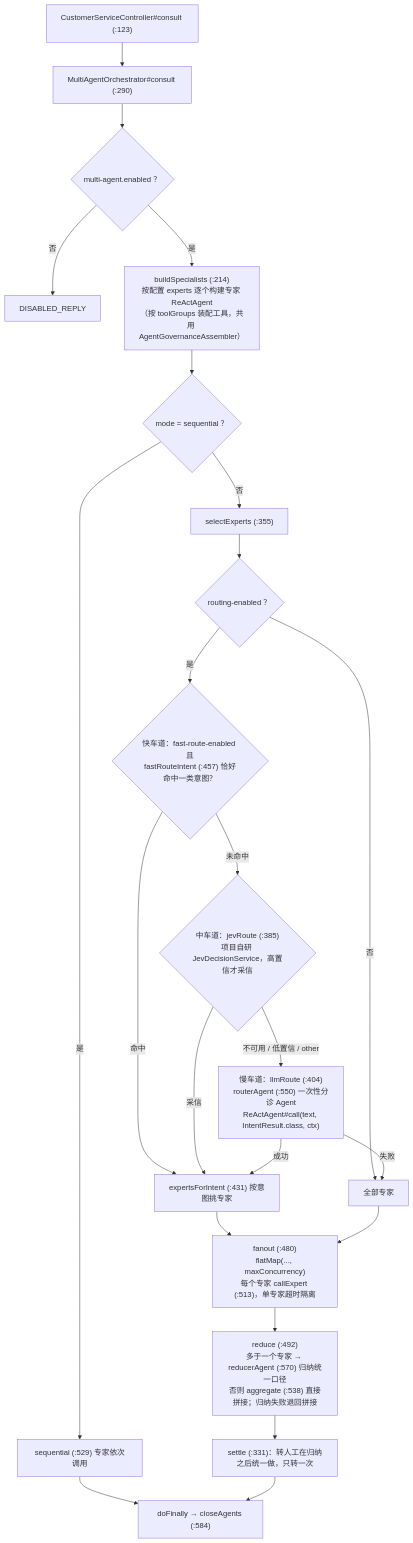
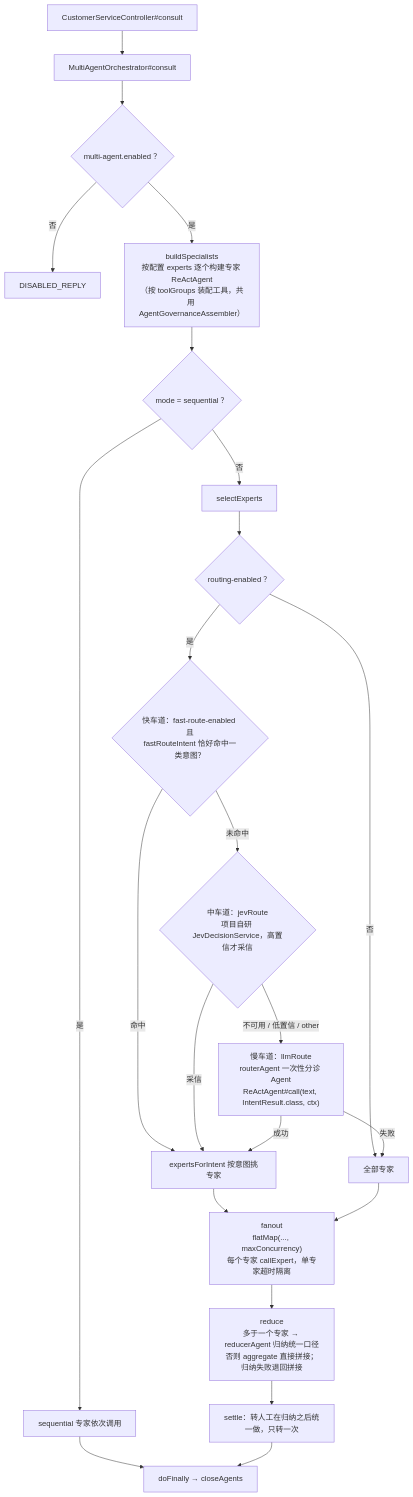
The fourth of 8 diagrams in 09-customer_work场景全景映射.md (liulangjietou/AgentScope-source-analysis), drawn with Mermaid before and after one commit. The commit also changed other lines of this file and 13 other files, not shown here.

Commit message:
docs: align source guide and diagrams with main dcb131a3

````diff
--- a/09-customer_work场景全景映射.md
+++ b/09-customer_work场景全景映射.md
@@ -146,25 +154,25 @@
 ```mermaid
 flowchart TB
-    IN["CustomerServiceController#consult (:123)"] --> ORCH["MultiAgentOrchestrator#consult (:290)"]
+    IN["CustomerServiceController#consult"] --> ORCH["MultiAgentOrchestrator#consult"]
     ORCH --> EN{"multi-agent.enabled ？"}
     EN -->|"否"| DIS["DISABLED_REPLY"]
-    EN -->|"是"| BS["buildSpecialists (:214)<br/>按配置 experts 逐个构建专家 ReActAgent<br/>（按 toolGroups 装配工具，共用 AgentGovernanceAssembler）"]
+    EN -->|"是"| BS["buildSpecialists<br/>按配置 experts 逐个构建专家 ReActAgent<br/>（按 toolGroups 装配工具，共用 AgentGovernanceAssembler）"]
     BS --> MODE{"mode = sequential ？"}
-    MODE -->|"是"| SEQ["sequential (:529) 专家依次调用"]
-    MODE -->|"否"| SEL["selectExperts (:355)"]
+    MODE -->|"是"| SEQ["sequential 专家依次调用"]
+    MODE -->|"否"| SEL["selectExperts"]
     SEL --> RT{"routing-enabled ？"}
     RT -->|"否"| ALL["全部专家"]
-    RT -->|"是"| FAST{"快车道：fast-route-enabled 且<br/>fastRouteIntent (:457) 恰好命中一类意图？"}
-    FAST -->|"命中"| PICK["expertsForIntent (:431) 按意图挑专家"]
-    FAST -->|"未命中"| JEV{"中车道：jevRoute (:385)<br/>项目自研 JevDecisionService，高置信才采信"}
+    RT -->|"是"| FAST{"快车道：fast-route-enabled 且<br/>fastRouteIntent 恰好命中一类意图？"}
+    FAST -->|"命中"| PICK["expertsForIntent 按意图挑专家"]
+    FAST -->|"未命中"| JEV{"中车道：jevRoute<br/>项目自研 JevDecisionService，高置信才采信"}
     JEV -->|"采信"| PICK
-    JEV -->|"不可用 / 低置信 / other"| ROUTER["慢车道：llmRoute (:404)<br/>routerAgent (:550) 一次性分诊 Agent<br/>ReActAgent#call(text, IntentResult.class, ctx)"]
+    JEV -->|"不可用 / 低置信 / other"| ROUTER["慢车道：llmRoute<br/>routerAgent 一次性分诊 Agent<br/>ReActAgent#call(text, IntentResult.class, ctx)"]
     ROUTER -->|"成功"| PICK
     ROUTER -->|"失败"| ALL
-    PICK --> FAN["fanout (:480)<br/>flatMap(..., maxConcurrency)<br/>每个专家 callExpert (:513)，单专家超时隔离"]
+    PICK --> FAN["fanout<br/>flatMap(..., maxConcurrency)<br/>每个专家 callExpert，单专家超时隔离"]
     ALL --> FAN
-    FAN --> RED["reduce (:492)<br/>多于一个专家 → reducerAgent (:570) 归纳统一口径<br/>否则 aggregate (:538) 直接拼接；归纳失败退回拼接"]
-    RED --> SET["settle (:331)：转人工在归纳之后统一做，只转一次"]
-    SEQ --> CLOSE["doFinally → closeAgents (:584)"]
+    FAN --> RED["reduce<br/>多于一个专家 → reducerAgent 归纳统一口径<br/>否则 aggregate 直接拼接；归纳失败退回拼接"]
+    RED --> SET["settle：转人工在归纳之后统一做，只转一次"]
+    SEQ --> CLOSE["doFinally → closeAgents"]
     SET --> CLOSE
 ```
````
